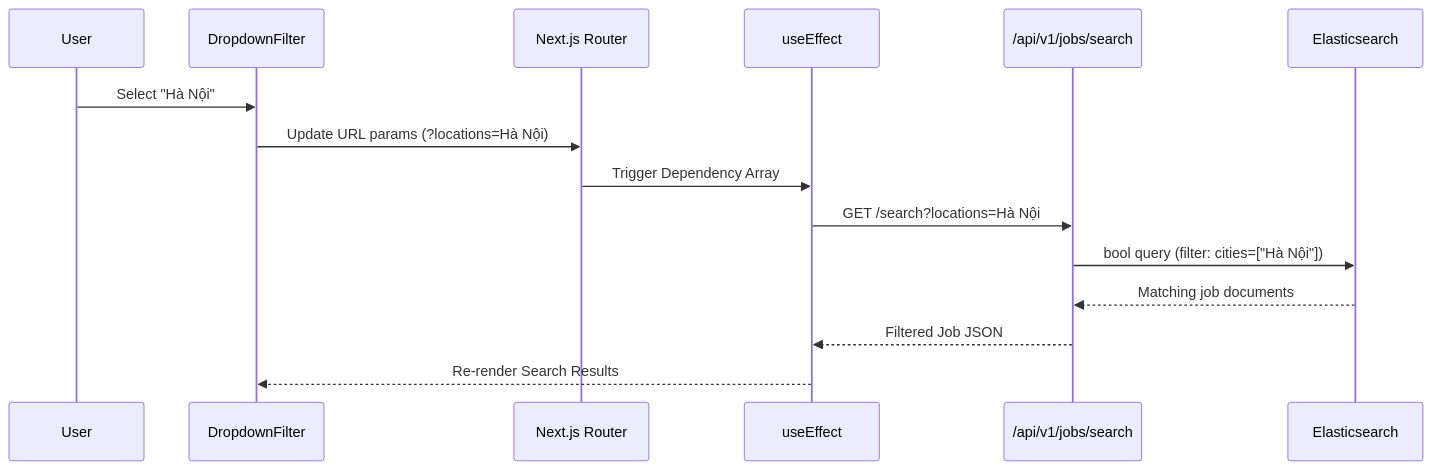
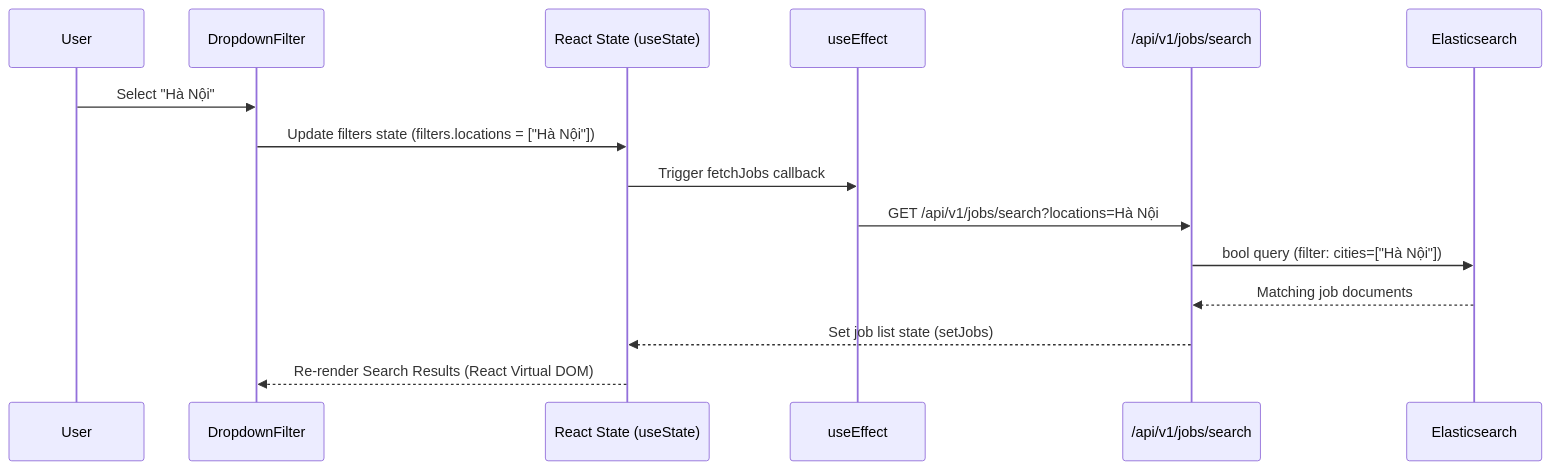
The diagram in chapter_6_thesis_2.md (Vinhnguyen1227/Job-Market-Analytics-Platform), drawn with Mermaid before and after one commit. The commit also changed other lines of this file and 83 other files, not shown here.

Commit message:
feat: add thesis documentation, architectural diagrams, and memory-bank planning files while updating existing thesis content.

````diff
--- a/chapter_6_thesis_2.md
+++ b/chapter_6_thesis_2.md
@@ -34,18 +37,18 @@
 ```mermaid
 sequenceDiagram
     participant User
     participant FilterUI as DropdownFilter
-    participant NextRouter as Next.js Router
+    participant PageState as React State (useState)
     participant ClientHook as useEffect
     participant ES_API as /api/v1/jobs/search
     participant ES as Elasticsearch
     
     User->>FilterUI: Select "Hà Nội"
-    FilterUI->>NextRouter: Update URL params (?locations=Hà Nội)
-    NextRouter->>ClientHook: Trigger Dependency Array
-    ClientHook->>ES_API: GET /search?locations=Hà Nội
+    FilterUI->>PageState: Update filters state (filters.locations = ["Hà Nội"])
+    PageState->>ClientHook: Trigger fetchJobs callback
+    ClientHook->>ES_API: GET /api/v1/jobs/search?locations=Hà Nội
     ES_API->>ES: bool query (filter: cities=["Hà Nội"])
     ES-->>ES_API: Matching job documents
-    ES_API-->>ClientHook: Filtered Job JSON
-    ClientHook-->>FilterUI: Re-render Search Results
+    ES_API-->>PageState: Set job list state (setJobs)
+    PageState-->>FilterUI: Re-render Search Results (React Virtual DOM)
 ```
````
